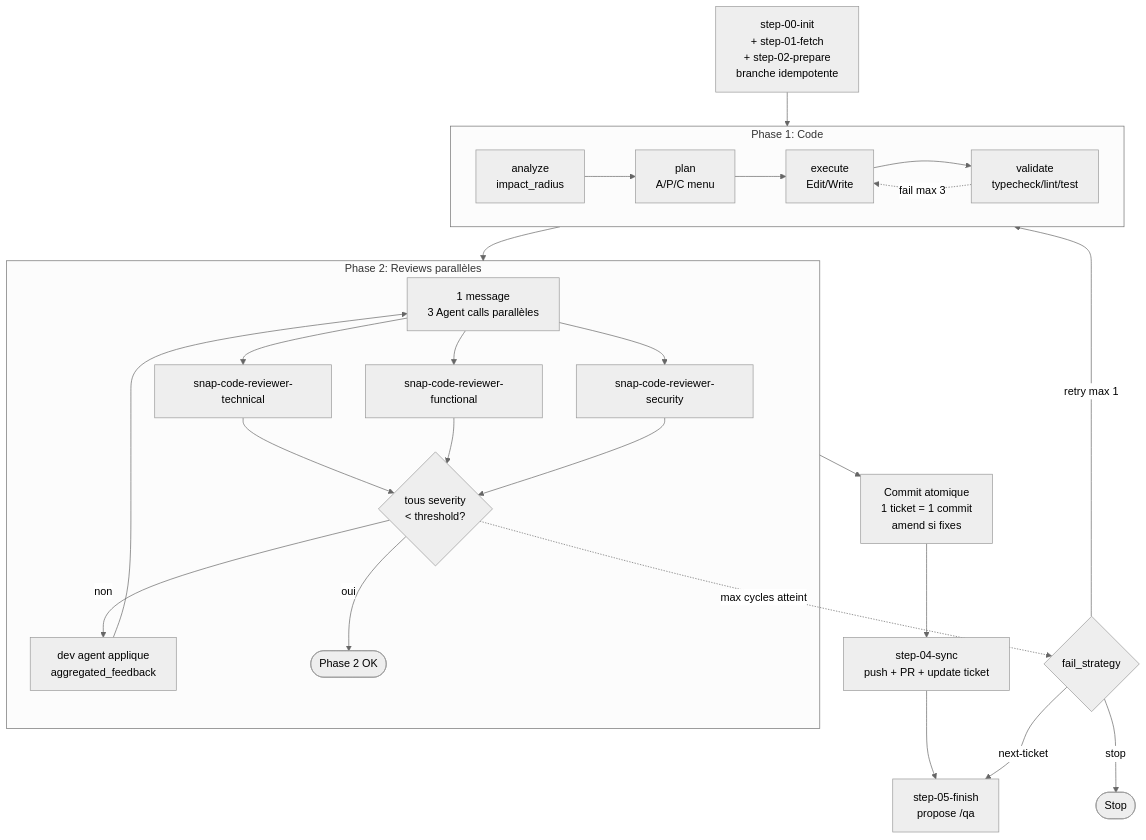
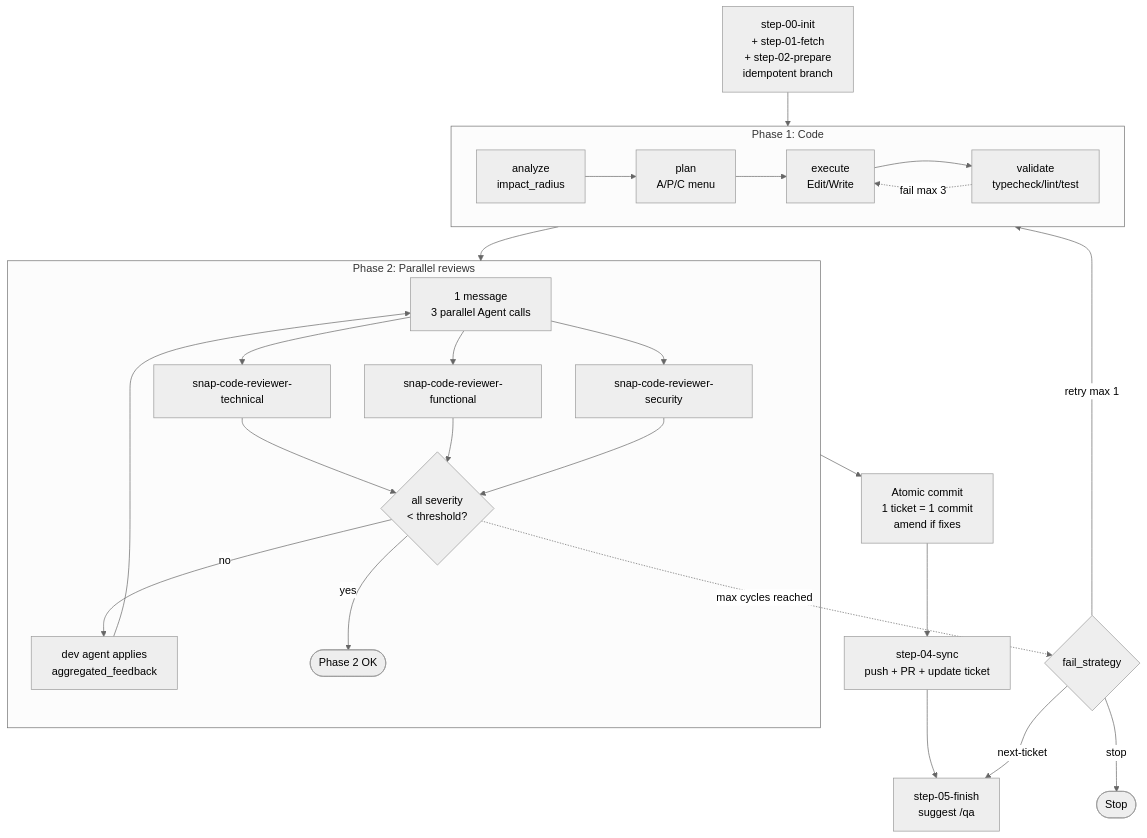
One commit to BryanBerger98/snapship-plugin changed the fourth of 10 diagrams in docs/usage/diagram.md. Above: the diagram before and after it, drawn with Mermaid (neutral theme). The commit also changed other lines of this file and 25 other files, not shown here.

````diff
--- a/docs/usage/diagram.md
+++ b/docs/usage/diagram.md
@@ -64,37 +64,37 @@
 ```mermaid
 flowchart TB
-    INIT[step-00-init<br/>+ step-01-fetch<br/>+ step-02-prepare<br/>branche idempotente]
+    INIT[step-00-init<br/>+ step-01-fetch<br/>+ step-02-prepare<br/>idempotent branch]
 
     INIT --> P1[Phase 1: Code]
     subgraph P1[Phase 1: Code]
         A[analyze<br/>impact_radius]
         P[plan<br/>A/P/C menu]
         E[execute<br/>Edit/Write]
         V[validate<br/>typecheck/lint/test]
         A --> P --> E --> V
         V -.fail max 3.-> E
     end
 
-    P1 --> P2[Phase 2: Reviews parallèles]
-    subgraph P2[Phase 2: Reviews parallèles]
-        BATCH[1 message<br/>3 Agent calls parallèles]
+    P1 --> P2[Phase 2: Parallel reviews]
+    subgraph P2[Phase 2: Parallel reviews]
+        BATCH[1 message<br/>3 parallel Agent calls]
         BATCH --> RT[snap-code-reviewer-technical]
         BATCH --> RF[snap-code-reviewer-functional]
         BATCH --> RS[snap-code-reviewer-security]
-        RT --> AGG{tous severity<br/>< threshold?}
+        RT --> AGG{all severity<br/>< threshold?}
         RF --> AGG
         RS --> AGG
-        AGG -->|non| FIX[dev agent applique<br/>aggregated_feedback]
+        AGG -->|no| FIX[dev agent applies<br/>aggregated_feedback]
         FIX --> BATCH
-        AGG -->|oui| OK([Phase 2 OK])
+        AGG -->|yes| OK([Phase 2 OK])
     end
 
-    P2 --> COMMIT[Commit atomique<br/>1 ticket = 1 commit<br/>amend si fixes]
+    P2 --> COMMIT[Atomic commit<br/>1 ticket = 1 commit<br/>amend if fixes]
     COMMIT --> SYNC[step-04-sync<br/>push + PR + update ticket]
-    SYNC --> FIN[step-05-finish<br/>propose /qa]
+    SYNC --> FIN[step-05-finish<br/>suggest /qa]
 
-    AGG -.max cycles atteint.-> STRAT{fail_strategy}
+    AGG -.max cycles reached.-> STRAT{fail_strategy}
     STRAT -->|next-ticket| FIN
     STRAT -->|stop| STOP([Stop])
     STRAT -->|retry max 1| P1
 ```
````
